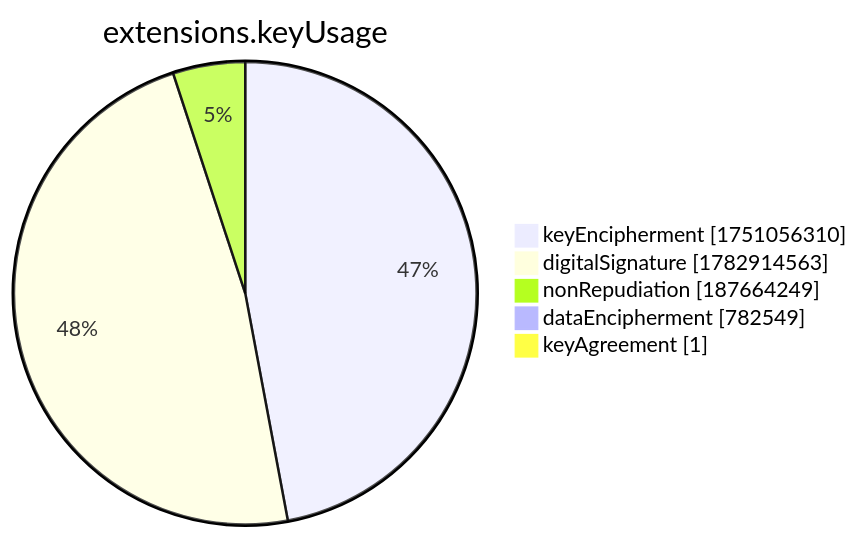
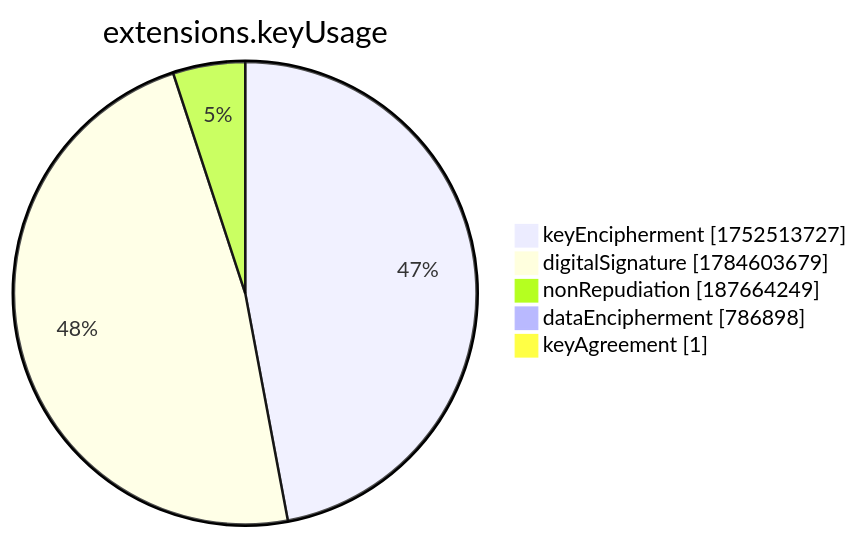
Before and after one commit to christiankrug/ctmonitor_visualization: the seventh of 15 diagrams in xenon2022/README.md, drawn with Mermaid. The commit also changed other lines of this file, not shown here.

````diff
--- a/xenon2022/README.md
+++ b/xenon2022/README.md
@@ -2859,9 +2859,9 @@
 ```mermaid
 pie showData
 title extensions.keyUsage
-"keyEncipherment" :1751056310
-"digitalSignature" :1782914563
+"keyEncipherment" :1752513727
+"digitalSignature" :1784603679
 "nonRepudiation" :187664249
-"dataEncipherment" :782549
+"dataEncipherment" :786898
 "keyAgreement" :1
 ```
````
